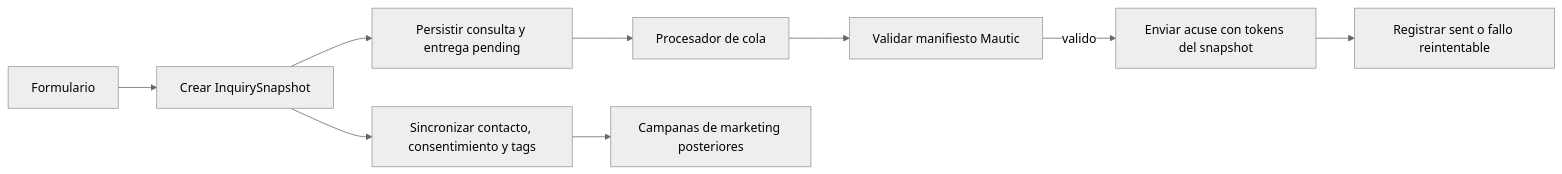
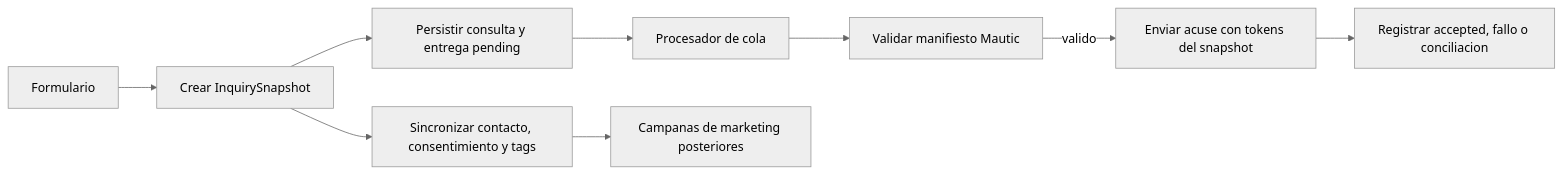
The diagram in docs/superpowers/specs/2026-09-30-consultas-transaccionales-snapshot-design.md (ivan1arriola/flacso-uruguay-plugin), drawn with Mermaid (neutral theme) before and after one commit. The commit also changed other lines of this file, not shown here.

````diff
--- a/docs/superpowers/specs/2026-09-30-consultas-transaccionales-snapshot-design.md
+++ b/docs/superpowers/specs/2026-09-30-consultas-transaccionales-snapshot-design.md
@@ -172,11 +210,11 @@
 ```mermaid
 flowchart LR
     F[Formulario] --> S[Crear InquirySnapshot]
     S --> W[Persistir consulta y entrega pending]
     W --> Q[Procesador de cola]
     Q --> V[Validar manifiesto Mautic]
     V -->|valido| T[Enviar acuse con tokens del snapshot]
-    T --> D[Registrar sent o fallo reintentable]
+    T --> D[Registrar accepted, fallo o conciliacion]
     S --> C[Sincronizar contacto, consentimiento y tags]
     C --> M[Campanas de marketing posteriores]
 ```
````
